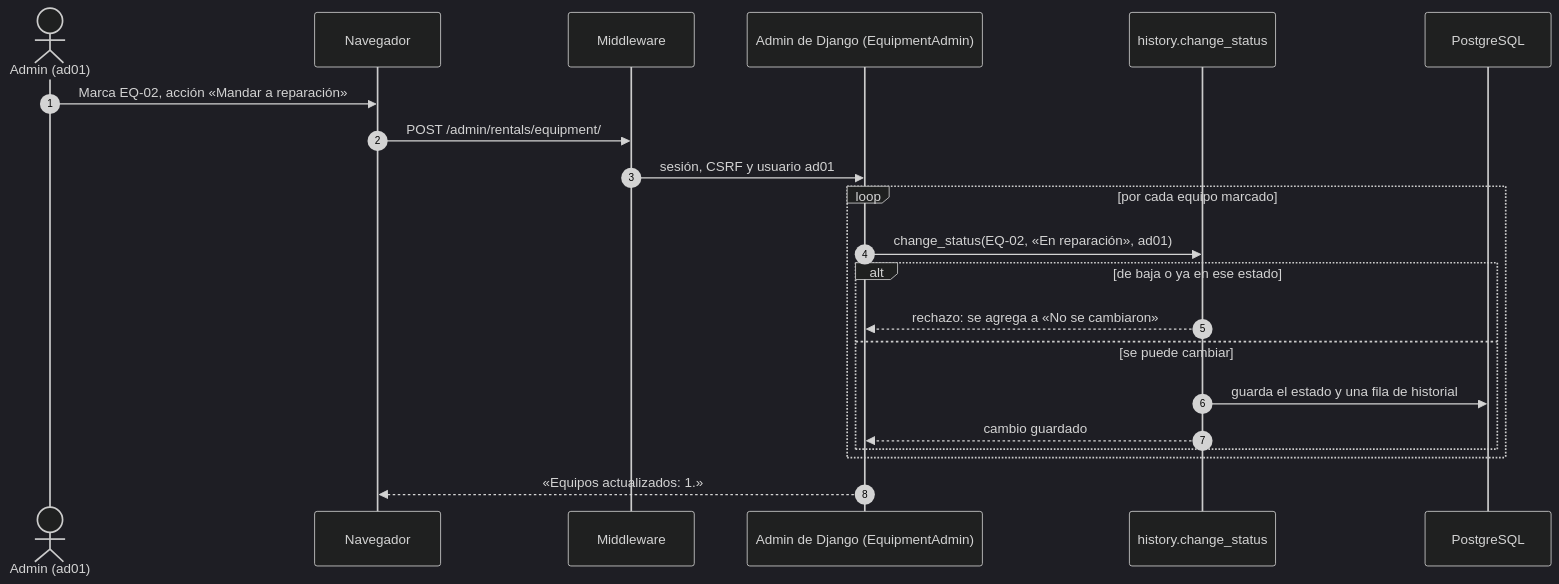
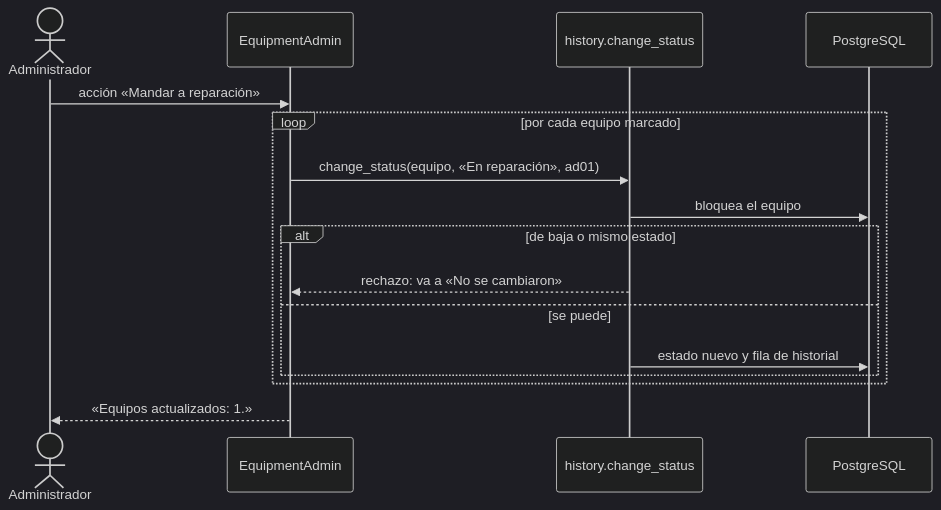
Before and after one commit to peterteranb/astra-rent-system: diagram 14 of 17 in docs/casos-de-uso.md, drawn with Mermaid (dark theme). The commit also changed other lines of this file and 6 other files, not shown here.

````diff
--- a/docs/casos-de-uso.md
+++ b/docs/casos-de-uso.md
@@ -295,24 +549,18 @@
 ```mermaid
 sequenceDiagram
-    autonumber
-    actor A as Admin (ad01)
-    participant N as Navegador
-    participant M as Middleware
-    participant V as Admin de Django (EquipmentAdmin)
-    participant H as history.change_status
+    actor A as Administrador
+    participant V as EquipmentAdmin
+    participant U as history.change_status
     participant BD as PostgreSQL
-
-    A->>N: Marca EQ-02, acción «Mandar a reparación»
-    N->>M: POST /admin/rentals/equipment/
-    M->>V: sesión, CSRF y usuario ad01
+    A->>V: acción «Mandar a reparación»
     loop por cada equipo marcado
-        V->>H: change_status(EQ-02, «En reparación», ad01)
-        alt de baja o ya en ese estado
-            H-->>V: rechazo: se agrega a «No se cambiaron»
-        else se puede cambiar
-            H->>BD: guarda el estado y una fila de historial
-            H-->>V: cambio guardado
+        V->>U: change_status(equipo, «En reparación», ad01)
+        U->>BD: bloquea el equipo
+        alt de baja o mismo estado
+            U-->>V: rechazo: va a «No se cambiaron»
+        else se puede
+            U->>BD: estado nuevo y fila de historial
         end
     end
-    V-->>N: «Equipos actualizados: 1.»
+    V-->>A: «Equipos actualizados: 1.»
 ```
````
